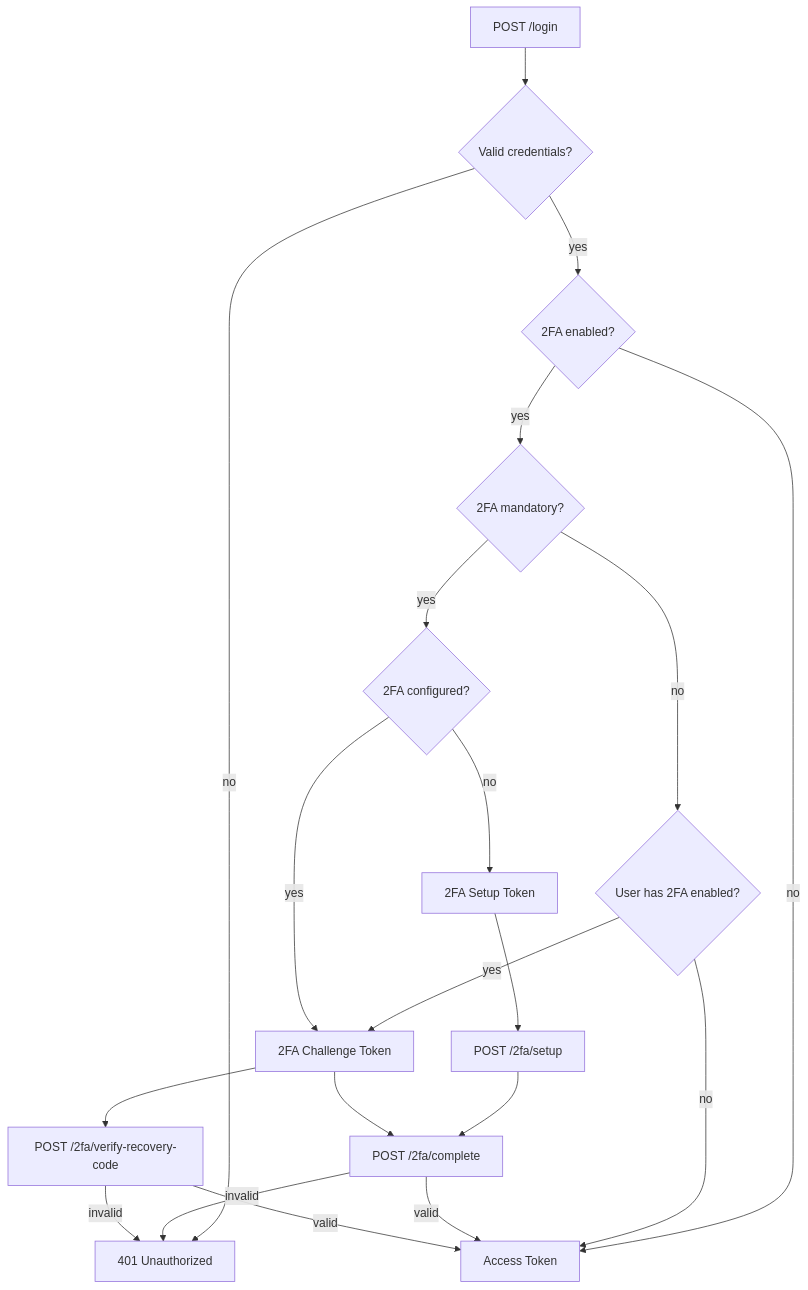
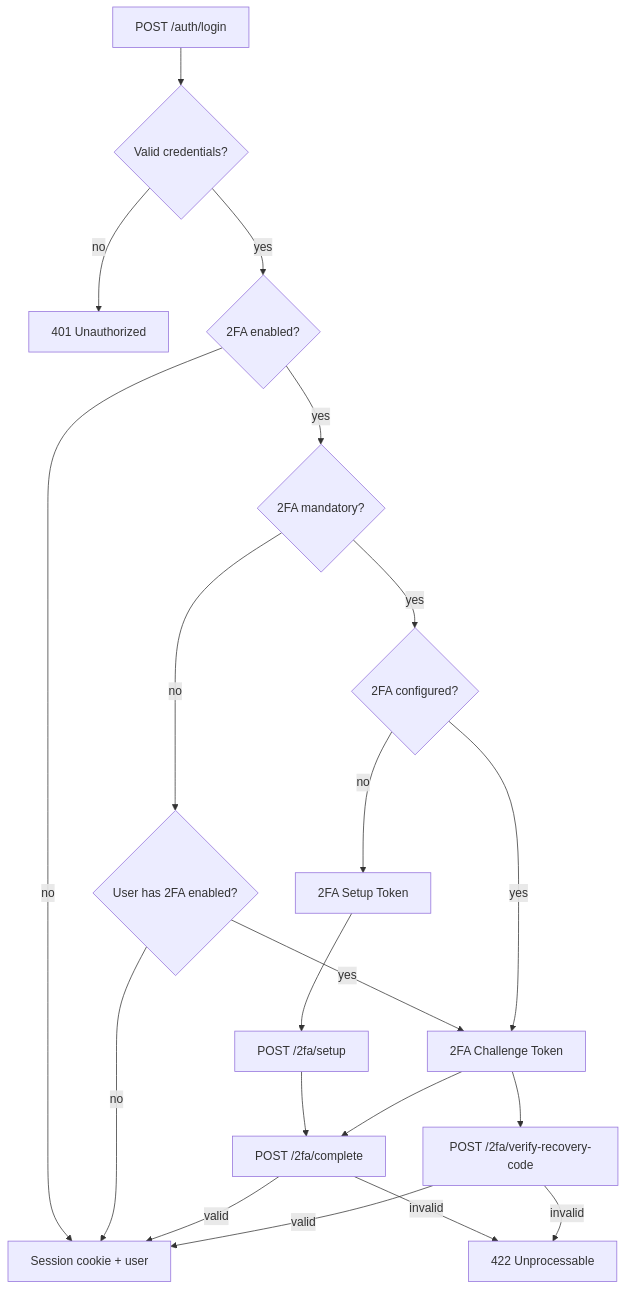
The first of 2 diagrams in docs/google-2fa.md (Light-it-labs/lightit-auth-laravel), drawn with Mermaid before and after one commit. The commit also changed other lines of this file and 3 other files, not shown here.

````diff
--- a/docs/google-2fa.md
+++ b/docs/google-2fa.md
@@ -210,28 +206,28 @@
 ```mermaid
 flowchart TD
-    Login[POST /login] --> ValidateCreds{Valid credentials?}
+    Login[POST /auth/login] --> ValidateCreds{Valid credentials?}
     ValidateCreds -- no --> E401[401 Unauthorized]
     ValidateCreds -- yes --> AppHas2FA{2FA enabled?}
 
-    AppHas2FA -- no --> AccessToken[Access Token]
+    AppHas2FA -- no --> Session[Session cookie + user]
     AppHas2FA -- yes --> IsMandatory{2FA mandatory?}
 
     IsMandatory -- no --> UserHas2FA{User has 2FA enabled?}
-    UserHas2FA -- no --> AccessToken
+    UserHas2FA -- no --> Session
     UserHas2FA -- yes --> ChallengeToken[2FA Challenge Token]
 
     IsMandatory -- yes --> IsSetup{2FA configured?}
     IsSetup -- no --> SetupToken[2FA Setup Token]
     IsSetup -- yes --> ChallengeToken
 
     SetupToken --> Setup[POST /2fa/setup]
     Setup --> Complete[POST /2fa/complete]
 
     ChallengeToken --> Complete
     ChallengeToken --> RecoveryCode[POST /2fa/verify-recovery-code]
 
-    Complete -- invalid --> E401
-    Complete -- valid --> AccessToken
-    RecoveryCode -- invalid --> E401
-    RecoveryCode -- valid --> AccessToken
+    Complete -- invalid --> E422[422 Unprocessable]
+    Complete -- valid --> Session
+    RecoveryCode -- invalid --> E422
+    RecoveryCode -- valid --> Session
 ```
````
